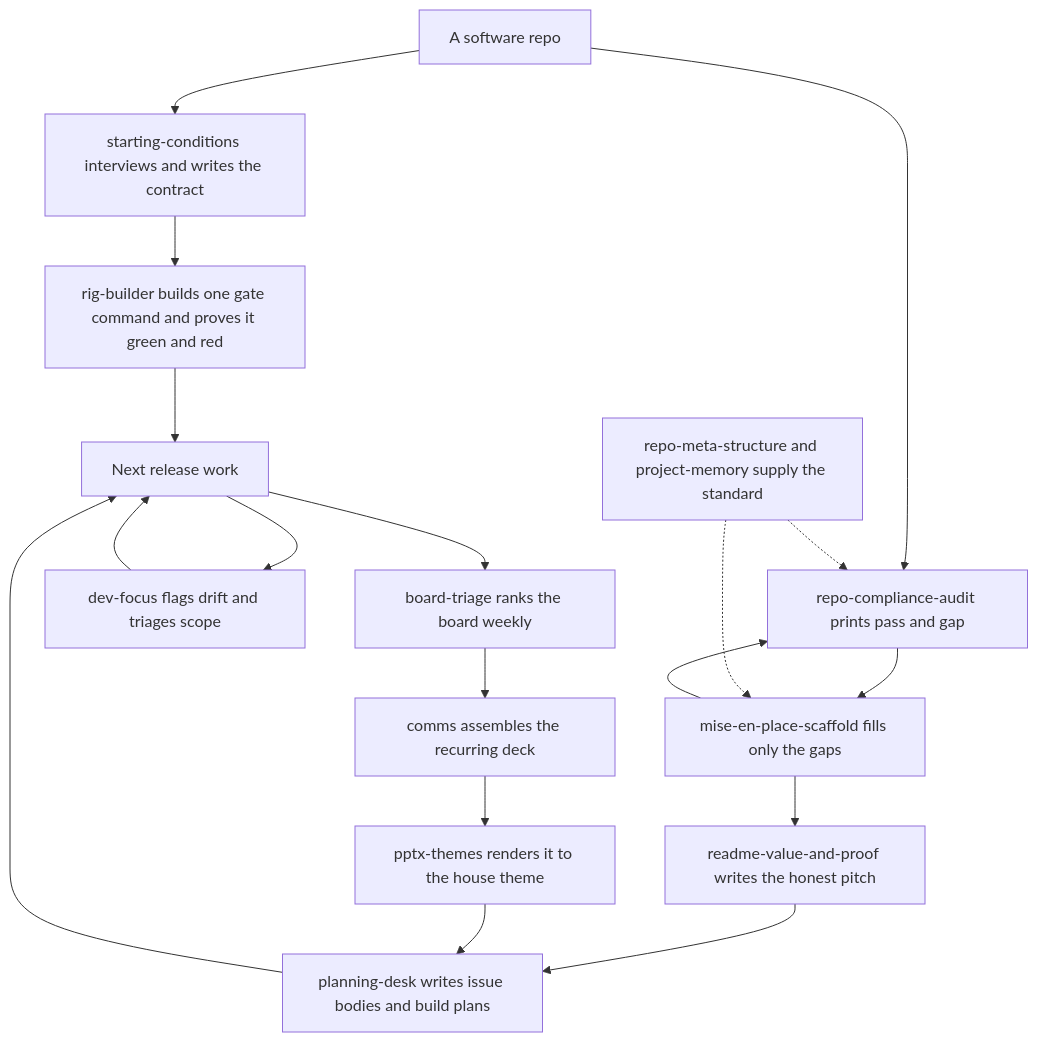
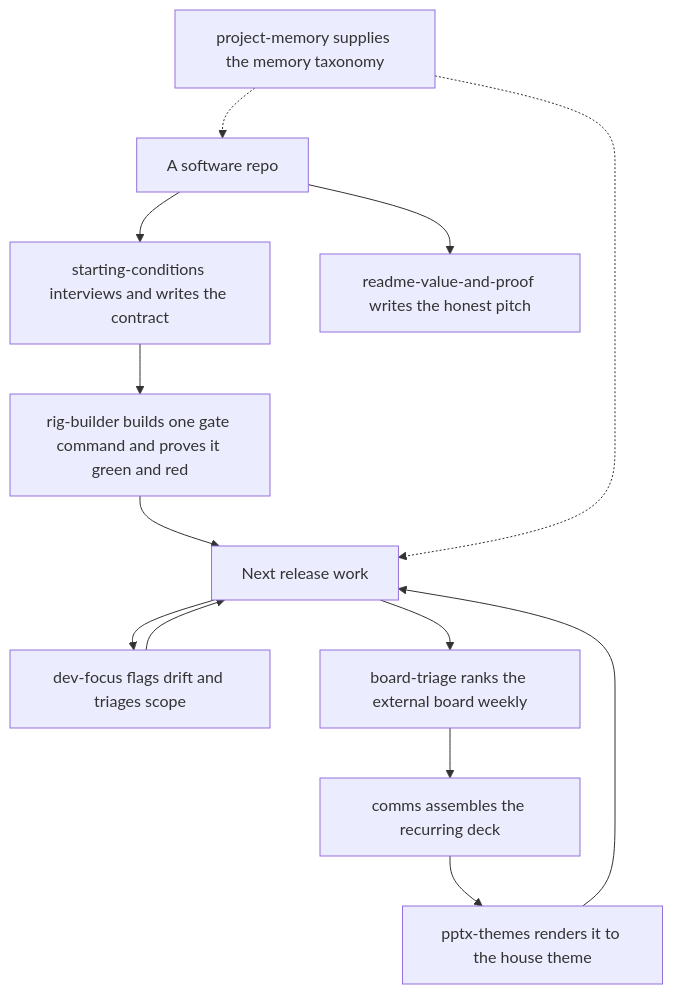
One commit to hsb3/dotfiles-agents changed the diagram in plugins/code-desk/README.md. Above: the diagram before and after it, drawn with Mermaid. The commit also changed other lines of this file and 18 other files, not shown here.

````diff
--- a/plugins/code-desk/README.md
+++ b/plugins/code-desk/README.md
@@ -17,21 +20,16 @@
 ```mermaid
 flowchart TD
     Repo[A software repo] --> Start[starting-conditions interviews and writes the contract]
     Start --> Rig[rig-builder builds one gate command and proves it green and red]
-    Repo --> Audit[repo-compliance-audit prints pass and gap]
-    Audit --> Scaf[mise-en-place-scaffold fills only the gaps]
-    Scaf --> Audit
-    Scaf --> RM[readme-value-and-proof writes the honest pitch]
-    RM --> Plan[planning-desk writes issue bodies and build plans]
-    Plan --> Build[Next release work]
-    Rig --> Build
+    Rig --> Build[Next release work]
     Build --> Focus[dev-focus flags drift and triages scope]
     Focus --> Build
-    Build --> Board[board-triage ranks the board weekly]
+    Build --> Board[board-triage ranks the external board weekly]
     Board --> Comms[comms assembles the recurring deck]
     Comms --> PPT[pptx-themes renders it to the house theme]
-    PPT --> Plan
+    PPT --> Build
+    Repo --> RM[readme-value-and-proof writes the honest pitch]
 
-    Std[repo-meta-structure and project-memory supply the standard] -.-> Audit
-    Std -.-> Scaf
+    Mem[project-memory supplies the memory taxonomy] -.-> Repo
+    Mem -.-> Build
 ```
````
